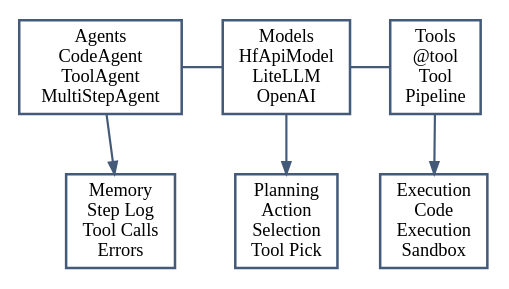
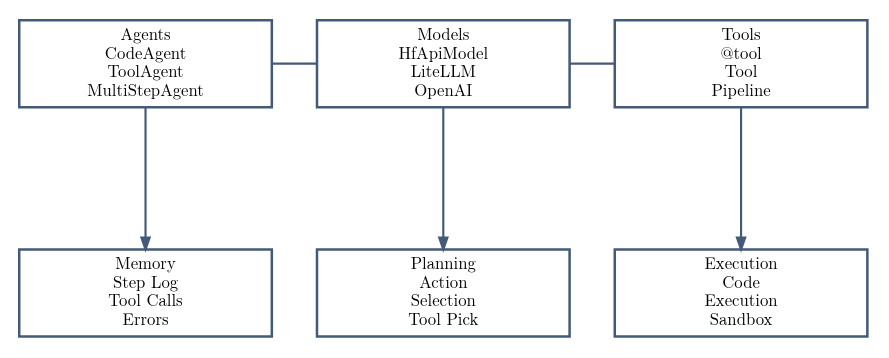
One commit to quiznat/tot-hf-survey-artifacts changed the diagram in assets/diagram_smolagents_arch.dot. Above: the diagram before and after it, drawn with Graphviz. The commit also changed 17 other files, not shown here.

Commit message:
Phase 1: align diagram typography/layout and rebalance 2-col tables

```diff
--- a/assets/diagram_smolagents_arch.dot
+++ b/assets/diagram_smolagents_arch.dot
@@ -1,26 +1,26 @@
 digraph G {
-  graph [bgcolor="#ffffff", pad="0.06", nodesep="0.34", ranksep="0.50", splines="polyline", fontname="Times-Roman", fontcolor="#162130", margin="0.02", rankdir="TB"];
-  node [shape="box", style="filled", fillcolor="#ffffff", color="#445a79", penwidth="1.5", fontname="Times-Roman", fontsize="11", margin="0.06,0.05"];
-  edge [color="#445a79", penwidth="1.3", arrowsize="0.70", fontname="Times-Roman", fontsize="9", fontcolor="#162130"];
+  graph [bgcolor="#ffffff", pad="0.06", nodesep="0.34", ranksep="0.50", splines="polyline", fontname="Latin Modern Roman", fontcolor="#162130", margin="0.02", rankdir="TB", ranksep="0.58", nodesep="0.38"];
+  node [shape="box", style="filled", fillcolor="#ffffff", color="#445a79", penwidth="1.5", fontname="Latin Modern Roman", fontsize="10", margin="0.06,0.05"];
+  edge [color="#445a79", penwidth="1.3", arrowsize="0.70", fontname="Latin Modern Roman", fontsize="8", fontcolor="#162130"];
 
-  agents [label="Agents\nCodeAgent\nToolAgent\nMultiStepAgent"];
-  models [label="Models\nHfApiModel\nLiteLLM\nOpenAI"];
-  tools [label="Tools\n@tool\nTool\nPipeline"];
+  agents [label="Agents\nCodeAgent\nToolAgent\nMultiStepAgent", width="2.10"];
+  models [label="Models\nHfApiModel\nLiteLLM\nOpenAI", width="2.10"];
+  tools [label="Tools\n@tool\nTool\nPipeline", width="2.10"];
 
-  memory [label="Memory\nStep Log\nTool Calls\nErrors"];
-  planning [label="Planning\nAction\nSelection\nTool Pick"];
-  execution [label="Execution\nCode\nExecution\nSandbox"];
+  memory [label="Memory\nStep Log\nTool Calls\nErrors", width="2.10"];
+  planning [label="Planning\nAction\nSelection\nTool Pick", width="2.10"];
+  execution [label="Execution\nCode\nExecution\nSandbox", width="2.10"];
 
   { rank=same; agents; models; tools }
   { rank=same; memory; planning; execution }
 
   agents -> models [dir=none, arrowhead=none, arrowtail=none];
   models -> tools [dir=none, arrowhead=none, arrowtail=none];
 
-  agents -> memory;
-  models -> planning;
-  tools -> execution;
+  agents -> memory [tailport=s, headport=n, weight=100, minlen=2];
+  models -> planning [tailport=s, headport=n, weight=100, minlen=2];
+  tools -> execution [tailport=s, headport=n, weight=100, minlen=2];
 
-  memory -> planning [style=invis];
-  planning -> execution [style=invis];
+  memory -> planning [style=invis, weight=10];
+  planning -> execution [style=invis, weight=10];
 }
```
